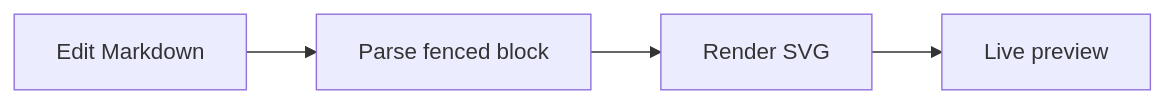
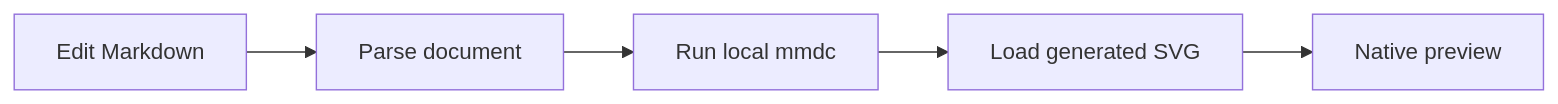
The first of 4 diagrams in docs/examples/all-features.md (Weichen-LF/DiagramDown), drawn with Mermaid before and after one commit. The commit also changed other lines of this file and 46 other files, not shown here.

````diff
--- a/docs/examples/all-features.md
+++ b/docs/examples/all-features.md
@@ -28,6 +200,7 @@
 ```mermaid
 flowchart LR
-    A[Edit Markdown] --> B[Parse fenced block]
-    B --> C[Render SVG]
-    C --> D[Live preview]
+    EDIT[Edit Markdown] --> PARSE[Parse document]
+    PARSE --> CLI[Run local mmdc]
+    CLI --> SVG[Load generated SVG]
+    SVG --> PREVIEW[Native preview]
 ```
````
